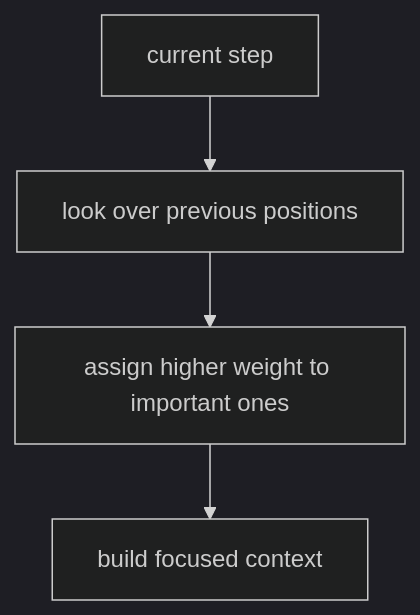
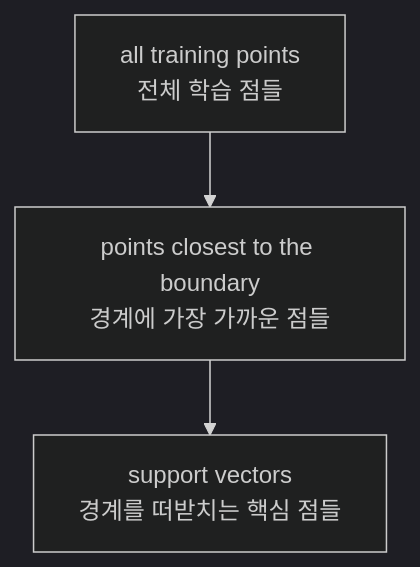
Before and after one commit to devchan64/AiBook: the second of 3 diagrams in docs/parts/part-04/chapter-13/section-01.md, drawn with Mermaid (dark theme). The commit also changed other lines of this file and 213 other files, not shown here.

````diff
--- a/docs/parts/part-04/chapter-13/section-01.md
+++ b/docs/parts/part-04/chapter-13/section-01.md
@@ -131,11 +181,8 @@
 ```mermaid
 flowchart TD
-  A["current step"]
-  B["look over previous positions"]
-  C["assign higher weight to important ones"]
-  D["build focused context"]
+  A["all training points<br/>전체 학습 점들"]
+  B["points closest to the boundary<br/>경계에 가장 가까운 점들"]
+  C["support vectors<br/>경계를 떠받치는 핵심 점들"]
 
-  A --> B
-  B --> C
-  C --> D
+  A --> B --> C
 ```
````
